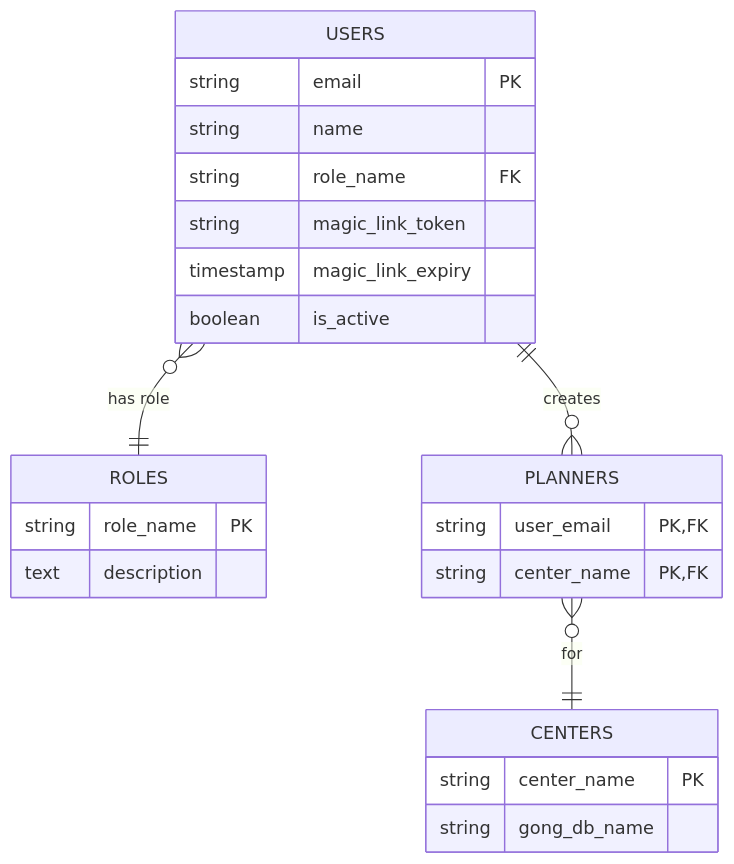
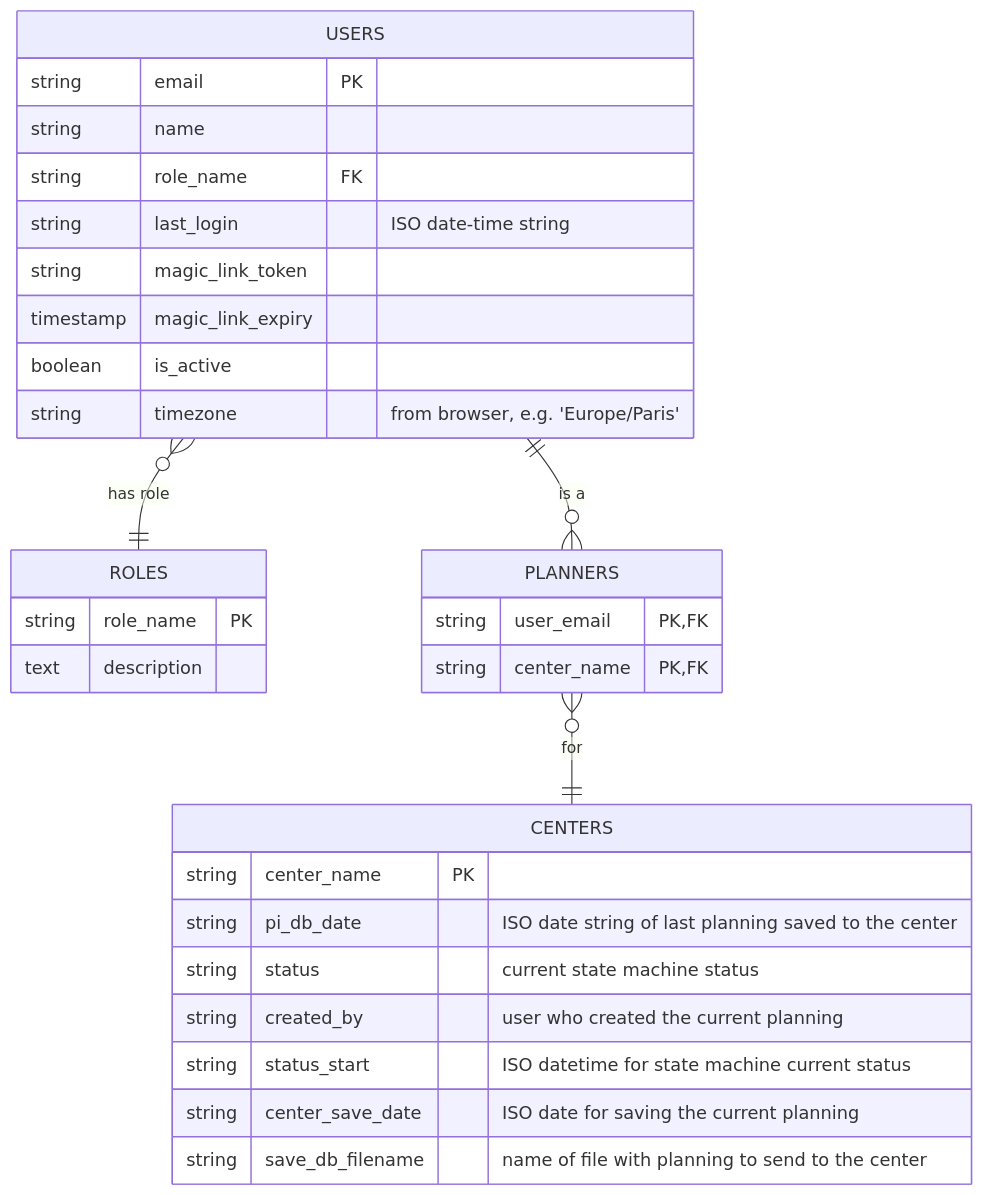
One commit to s66erge/entan-mkdocs changed the second of 2 diagrams in docs/architecture/data-design.md. Above: the diagram before and after it, drawn with Mermaid. The commit also changed other lines of this file and 46 other files, not shown here.

````diff
--- a/docs/architecture/data-design.md
+++ b/docs/architecture/data-design.md
@@ -64,30 +72,37 @@
 ```mermaid
 erDiagram
 
     ROLES { 
         string role_name PK
         text description
     }
 
     USERS  }o--|| ROLES : "has role"
     USERS {
         string email PK
         string name
         string role_name FK
+        string last_login "ISO date-time string"
         string magic_link_token
         timestamp magic_link_expiry
         boolean is_active
+        string timezone "from browser, e.g. 'Europe/Paris'"
     }
 
     CENTERS {
         string center_name PK
-        string gong_db_name
+        string pi_db_date "ISO date string of last planning saved to the center"
+        string status "current state machine status"
+        string created_by "user who created the current planning"
+        string status_start "ISO datetime for state machine current status"
+        string center_save_date "ISO date for saving the current planning"
+        string save_db_filename "name of file with planning to send to the center"
     }
 
-    USERS ||--o{ PLANNERS : creates
+    USERS ||--o{ PLANNERS : "is a"
     PLANNERS }o--|| CENTERS : for
     PLANNERS {
         string user_email PK, FK
         string center_name PK, FK
     }
 ```
````
